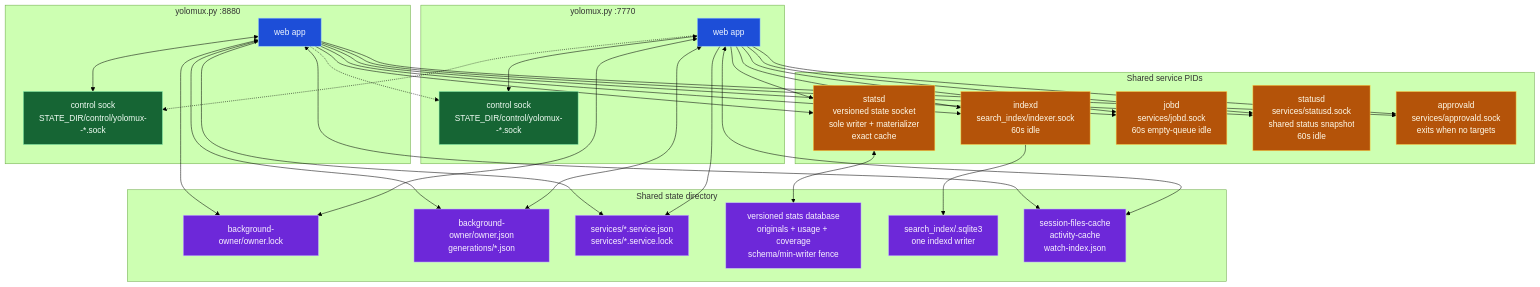
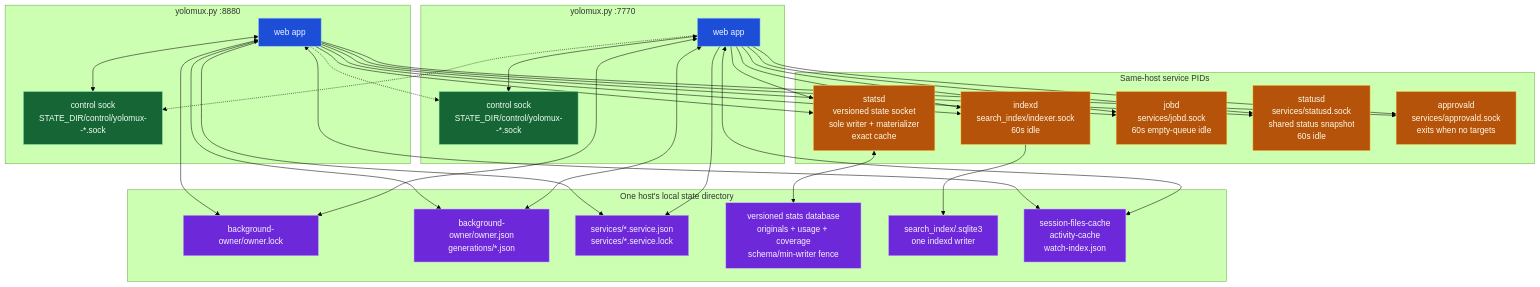
The third of 3 diagrams in README.md (keivenchang/yolomux), drawn with Mermaid (forest theme) before and after one commit. The commit also changed other lines of this file and 21 other files, not shown here.

````diff
--- a/README.md
+++ b/README.md
@@ -157,61 +159,61 @@
 ```mermaid
 flowchart TB
   subgraph p1["yolomux.py :8880"]
     app1["web app"]
     sock1["control sock\nSTATE_DIR/control/yolomux-<pid>-*.sock"]
   end
   subgraph p2["yolomux.py :7770"]
     app2["web app"]
     sock2["control sock\nSTATE_DIR/control/yolomux-<pid>-*.sock"]
   end
 
-  subgraph state["Shared state directory"]
+  subgraph state["One host's local state directory"]
     ownerlock["background-owner/owner.lock"]
     ownerjson["background-owner/owner.json\ngenerations/*.json"]
     records["services/*.service.json\nservices/*.service.lock"]
     statsdb["versioned stats database\noriginals + usage + coverage\nschema/min-writer fence"]
     indexes["search_index/<digest>.sqlite3\none indexd writer"]
     caches["session-files-cache\nactivity-cache\nwatch-index.json"]
   end
-  subgraph svc["Shared service PIDs"]
+  subgraph svc["Same-host service PIDs"]
     statsd2["statsd\nversioned state socket\nsole writer + materializer\nexact cache"]
     indexer["indexd\nsearch_index/indexer.sock\n60s idle"]
     jobd2["jobd\nservices/jobd.sock\n60s empty-queue idle"]
     statusd3["statusd\nservices/statusd.sock\nshared status snapshot\n60s idle"]
     approvald2["approvald\nservices/approvald.sock\nexits when no targets"]
   end
 
   app1 <--> sock1
   app2 <--> sock2
   app2 -.-> sock1
   app1 -.-> sock2
   app1 <--> ownerlock
   app1 <--> ownerjson
   app2 <--> ownerlock
   app2 <--> ownerjson
   app1 --> records
   app2 --> records
   app1 --> statsd2
   app2 --> statsd2
   app1 --> indexer
   app2 --> indexer
   app1 --> jobd2
   app2 --> jobd2
   app1 --> statusd3
   app2 --> statusd3
   app1 --> approvald2
   app2 --> approvald2
   statsd2 <--> statsdb
   indexer --> indexes
   app1 <--> caches
   app2 <--> caches
 
   classDef process fill:#1d4ed8,stroke:#93c5fd,color:#eff6ff
   classDef socket fill:#166534,stroke:#86efac,color:#f0fdf4
   classDef durable fill:#6d28d9,stroke:#c4b5fd,color:#faf5ff
   classDef localChild fill:#b45309,stroke:#fcd34d,color:#fffbeb
   class app1,app2 process
   class sock1,sock2 socket
   class ownerlock,ownerjson,records,statsdb,indexes,caches durable
   class statsd2,indexer,jobd2,statusd3,approvald2 localChild
 ```
````
